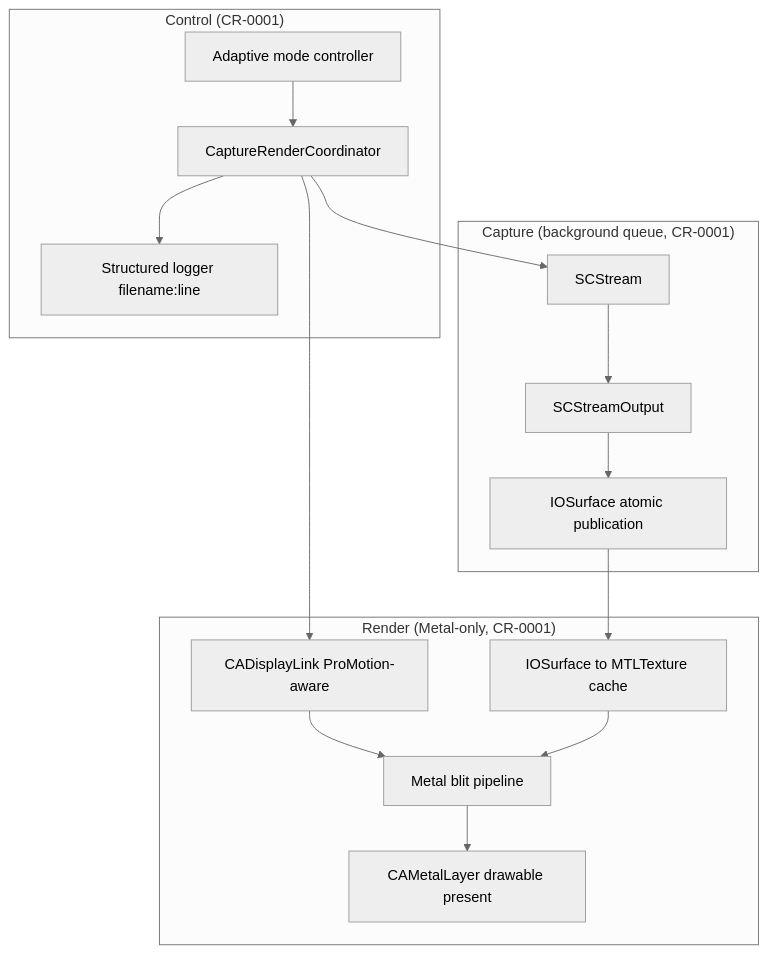
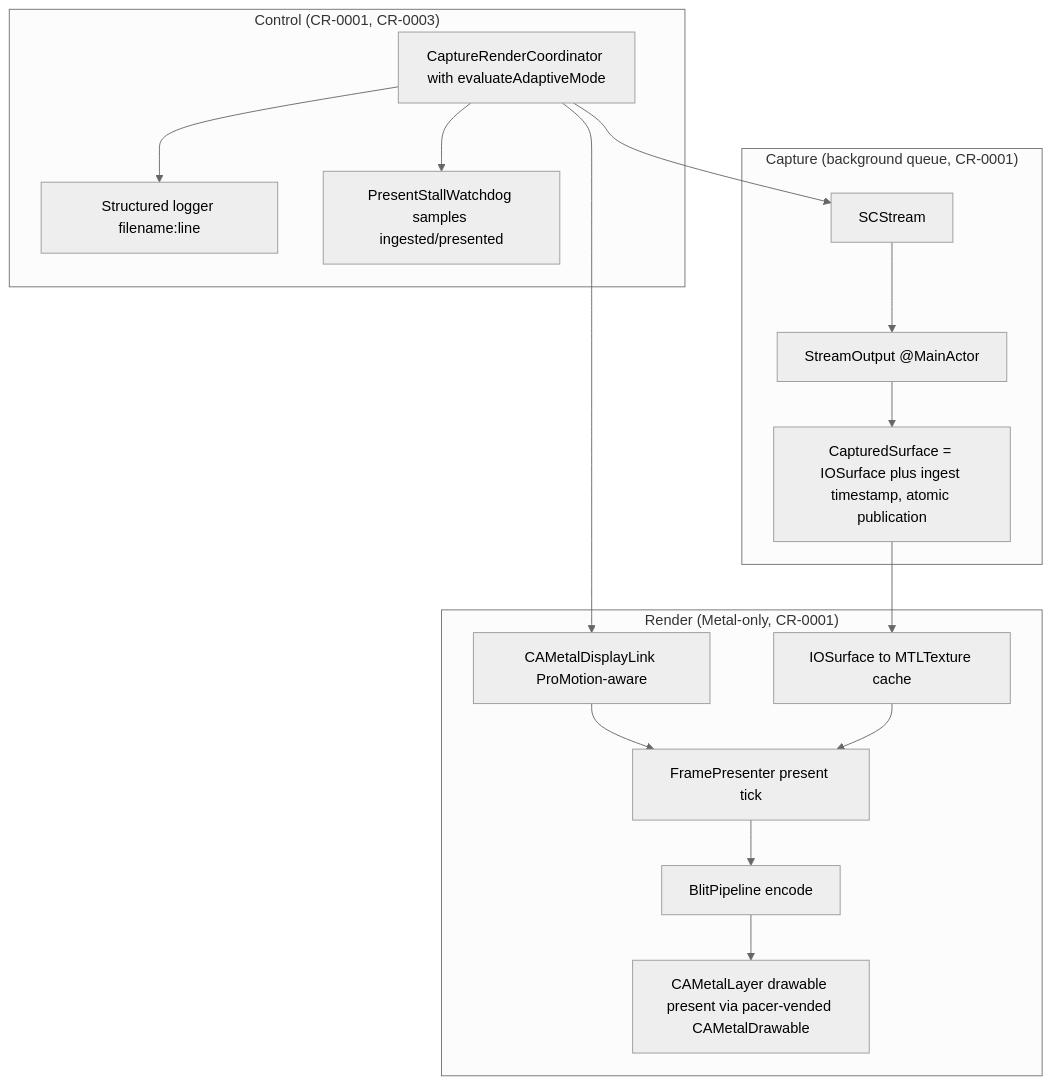
Before and after one commit to desek/DeskPad: the first of 3 diagrams in docs/cr/CR-0002-avsamplebufferdisplaylayer-backend.md, drawn with Mermaid (neutral theme). The commit also changed other lines of this file, not shown here.

````diff
--- a/docs/cr/CR-0002-avsamplebufferdisplaylayer-backend.md
+++ b/docs/cr/CR-0002-avsamplebufferdisplaylayer-backend.md
@@ -151,21 +209,22 @@
 ```mermaid
 flowchart TD
     subgraph Capture["Capture (background queue, CR-0001)"]
-        SCS[SCStream] --> SCO[SCStreamOutput]
-        SCO --> SURF[IOSurface atomic publication]
+        SCS[SCStream] --> SCO[StreamOutput @MainActor]
+        SCO --> SURF[CapturedSurface = IOSurface plus ingest timestamp, atomic publication]
     end
 
     subgraph Render["Render (Metal-only, CR-0001)"]
-        DL[CADisplayLink ProMotion-aware] --> BLIT[Metal blit pipeline]
+        DL[CAMetalDisplayLink ProMotion-aware] --> FP[FramePresenter present tick]
         SURF --> TEX[IOSurface to MTLTexture cache]
-        TEX --> BLIT
-        BLIT --> CML[CAMetalLayer drawable present]
+        TEX --> FP
+        FP --> BLIT[BlitPipeline encode]
+        BLIT --> CML[CAMetalLayer drawable present via pacer-vended CAMetalDrawable]
     end
 
-    subgraph Control["Control (CR-0001)"]
-        COORD[CaptureRenderCoordinator] --> SCS
+    subgraph Control["Control (CR-0001, CR-0003)"]
+        COORD[CaptureRenderCoordinator with evaluateAdaptiveMode] --> SCS
         COORD --> DL
         COORD --> LOG[Structured logger filename:line]
-        ADAPT[Adaptive mode controller] --> COORD
+        COORD --> WD[PresentStallWatchdog samples ingested/presented]
     end
 ```
````
